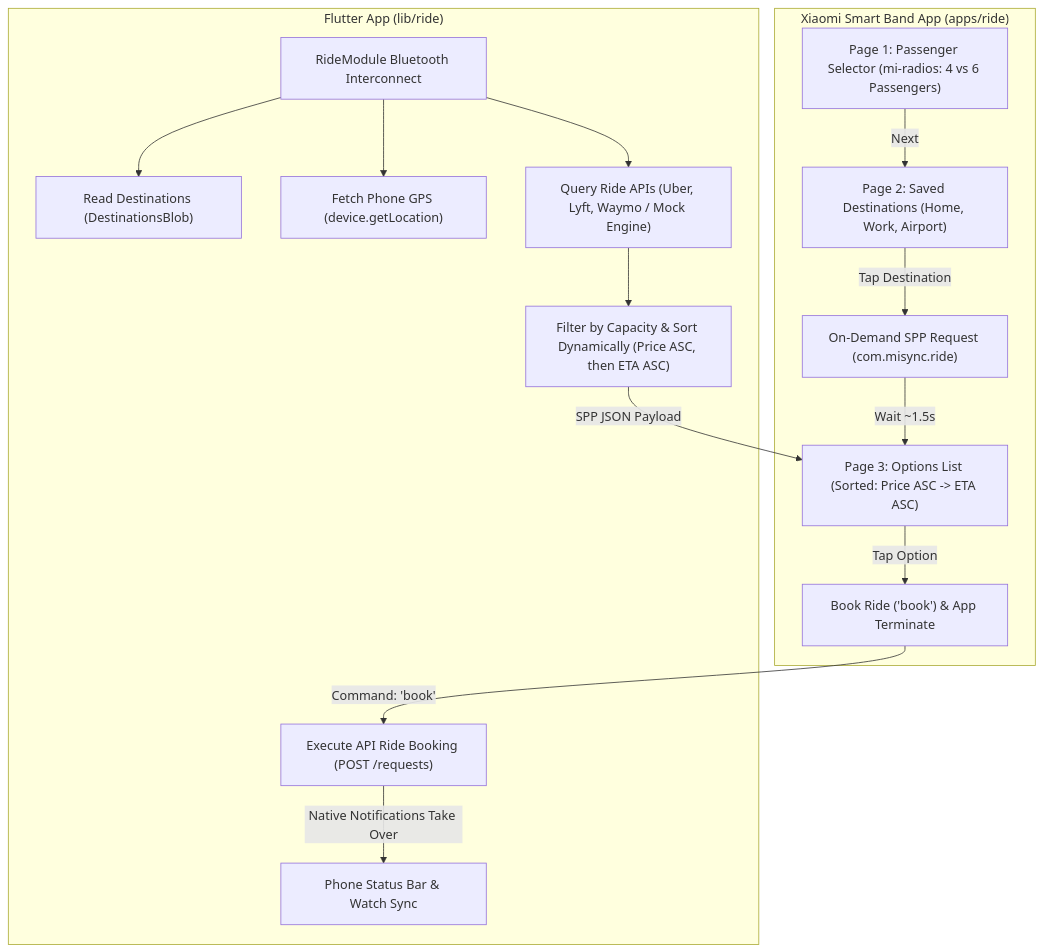
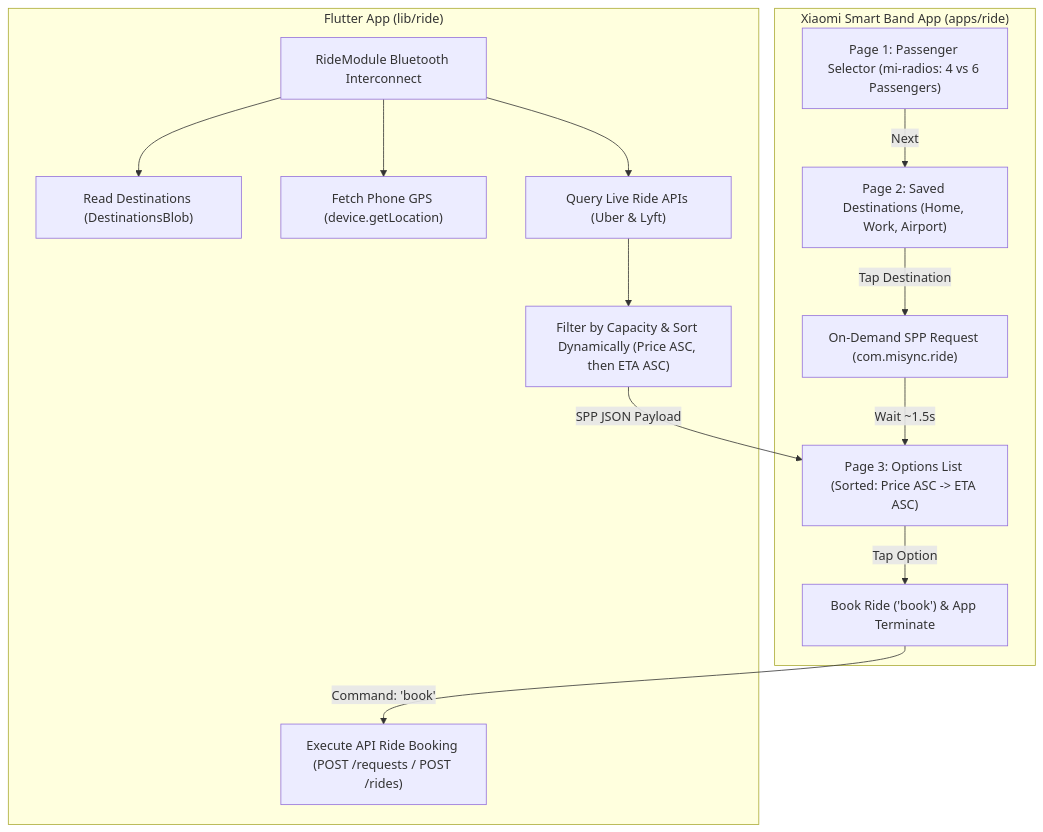
Before and after one commit to awgneo/misync: the diagram in ride.md, drawn with Mermaid. The commit also changed other lines of this file and 16 other files, not shown here.

````diff
--- a/ride.md
+++ b/ride.md
@@ -9,19 +9,18 @@
 ```mermaid
 flowchart TD
     subgraph Watch App ["Xiaomi Smart Band App (apps/ride)"]
         P1["Page 1: Passenger Selector (mi-radios: 4 vs 6 Passengers)"] -->|Next| P2["Page 2: Saved Destinations (Home, Work, Airport)"]
         P2 -->|Tap Destination| P3["On-Demand SPP Request (com.misync.ride)"]
         P3 -->|Wait ~1.5s| P4["Page 3: Options List (Sorted: Price ASC -> ETA ASC)"]
         P4 -->|Tap Option| P5["Book Ride ('book') & App Terminate"]
     end
 
     subgraph Phone Module ["Flutter App (lib/ride)"]
         M1["RideModule Bluetooth Interconnect"] --> M2["Read Destinations (DestinationsBlob)"]
         M1 --> M3["Fetch Phone GPS (device.getLocation)"]
-        M1 --> M4["Query Ride APIs (Uber, Lyft, Waymo / Mock Engine)"]
+        M1 --> M4["Query Live Ride APIs (Uber & Lyft)"]
         M4 --> M5["Filter by Capacity & Sort Dynamically (Price ASC, then ETA ASC)"]
         M5 -->|SPP JSON Payload| P4
-        P5 -->|Command: 'book'| M6["Execute API Ride Booking (POST /requests)"]
-        M6 -->|Native Notifications Take Over| N1["Phone Status Bar & Watch Sync"]
+        P5 -->|Command: 'book'| M6["Execute API Ride Booking (POST /requests / POST /rides)"]
     end
 ```
````
